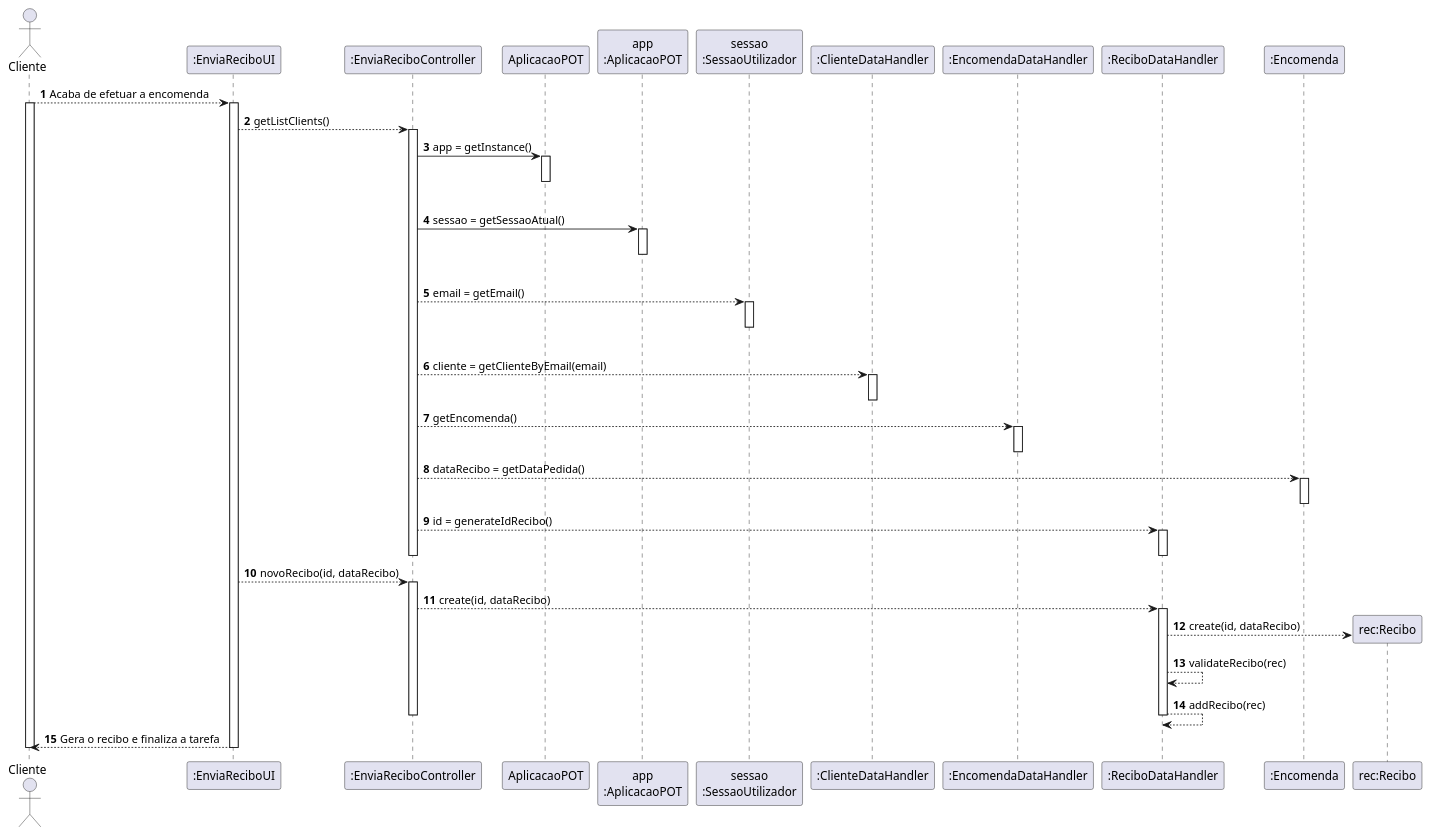
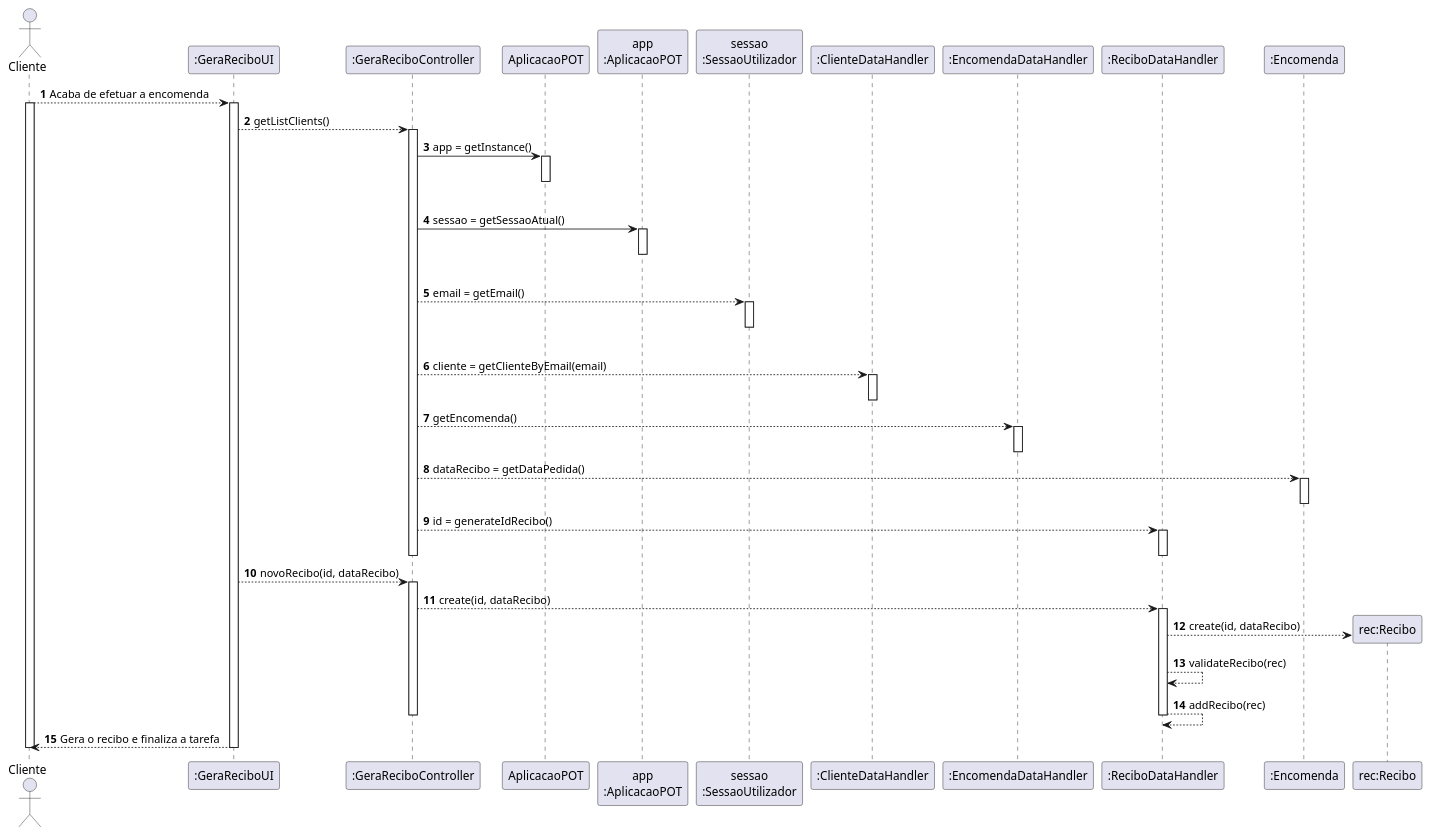
One commit to pedrolemos4/LAPR3 changed the diagram in docs/UC27/SD.puml. Above: the diagram before and after it, drawn with PlantUML. The commit also changed 14 other files, not shown here.

```diff
--- a/docs/UC27/SD.puml
+++ b/docs/UC27/SD.puml
@@ -1,80 +1,80 @@
 @startuml
 autonumber
 'hide footbox
 actor "Cliente" as CLI
 
-participant ":EnviaReciboUI" as UI
-participant ":EnviaReciboController" as CTRL
+participant ":GeraReciboUI" as UI
+participant ":GeraReciboController" as CTRL
 participant "AplicacaoPOT" as _APP
 participant "app\n:AplicacaoPOT" as APP
 participant "sessao\n:SessaoUtilizador" as SESSAO
 participant ":ClienteDataHandler" as CDH
 participant ":EncomendaDataHandler" as EDH
 participant ":ReciboDataHandler" as RDH
 participant ":Encomenda" as ENC
 participant "rec:Recibo" as REC
 
 
 
 CLI --> UI : Acaba de efetuar a encomenda
 activate CLI
 
 activate UI
 UI --> CTRL : getListClients()
 activate CTRL
 
 CTRL -> _APP: app = getInstance()
 activate _APP
 |||
 deactivate _APP
 
 CTRL -> APP: sessao = getSessaoAtual()
 activate APP
 |||
 deactivate APP
 
 CTRL --> SESSAO : email = getEmail()
 activate SESSAO
 |||
 deactivate SESSAO
 
 
 CTRL --> CDH : cliente = getClienteByEmail(email)
 activate CDH
 deactivate CDH
 
 CTRL --> EDH : getEncomenda()
 activate EDH
 deactivate EDH
 
 CTRL --> ENC : dataRecibo = getDataPedida()
 activate ENC
 deactivate ENC
 
 CTRL --> RDH : id = generateIdRecibo()
 activate RDH
 deactivate RDH
 
 deactivate CTRL
 
 UI --> CTRL : novoRecibo(id, dataRecibo)
 activate CTRL
 
 CTRL --> RDH : create(id, dataRecibo)
 activate RDH
 
 RDH --> REC ** : create(id, dataRecibo)
 
 RDH --> RDH : validateRecibo(rec)
 
 RDH --> RDH : addRecibo(rec)
 deactivate RDH
 
 deactivate CTRL
 
 UI --> CLI : Gera o recibo e finaliza a tarefa
 deactivate UI
 
 deactivate CLI
 
 @enduml
```
